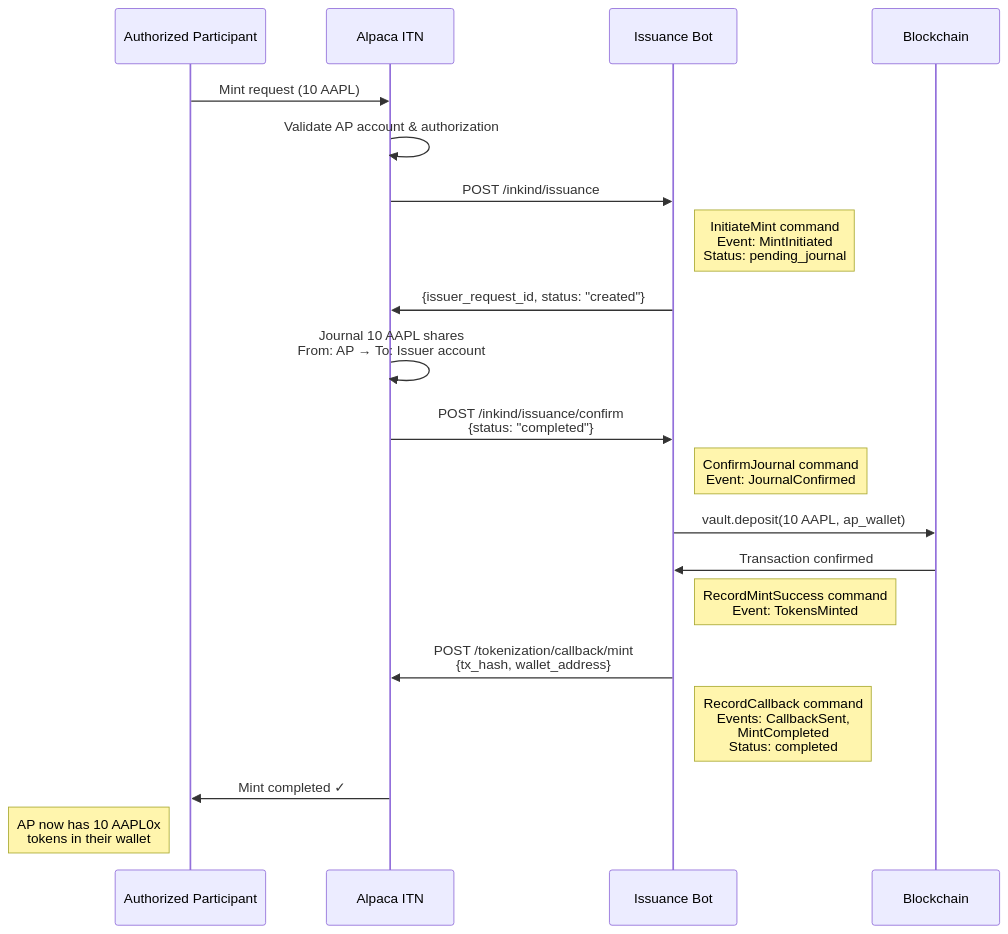
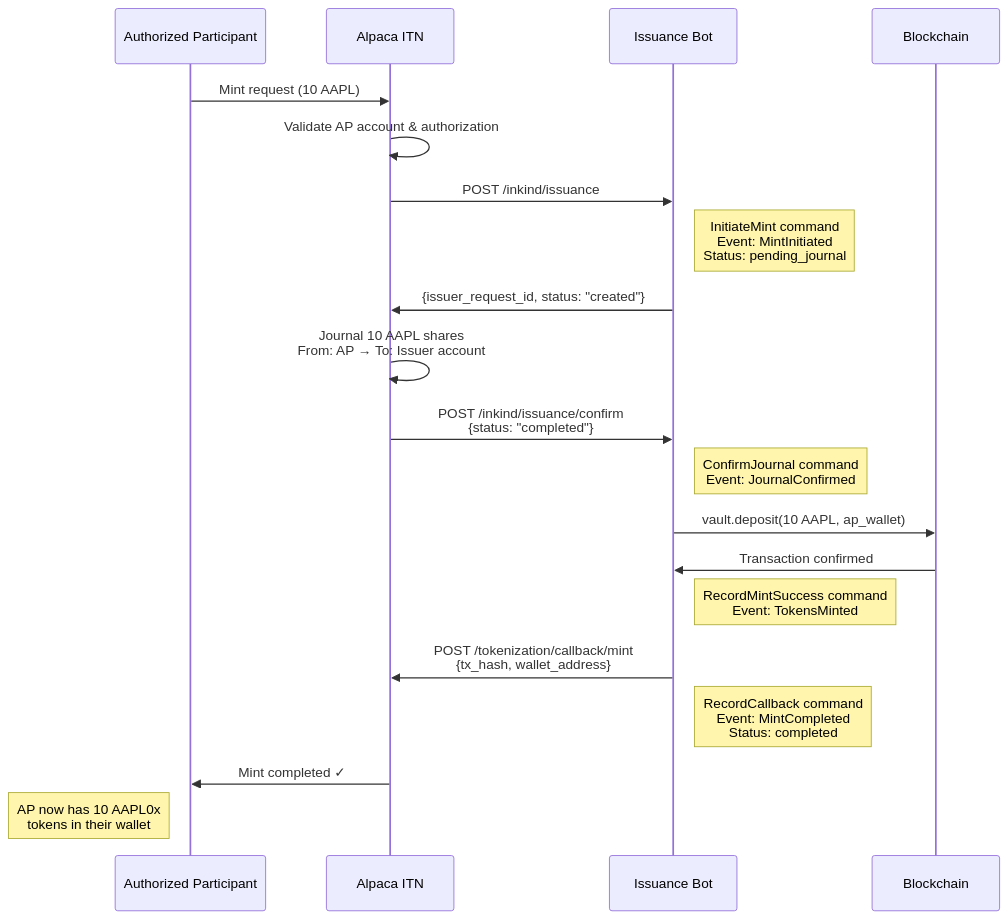
One commit to ST0x-Technology/st0x.issuance changed the second of 6 diagrams in SPEC.md. Above: the diagram before and after it, drawn with Mermaid. The commit also changed other lines of this file and 1 other file, not shown here.

````diff
--- a/SPEC.md
+++ b/SPEC.md
@@ -454,27 +452,27 @@
 ```mermaid
 sequenceDiagram
     participant AP as Authorized Participant
     participant Alpaca as Alpaca ITN
     participant Us as Issuance Bot
     participant Blockchain as Blockchain
 
     AP->>Alpaca: Mint request (10 AAPL)
     Alpaca->>Alpaca: Validate AP account & authorization
     Alpaca->>Us: POST /inkind/issuance
     Note right of Us: InitiateMint command<br/>Event: MintInitiated<br/>Status: pending_journal
     Us->>Alpaca: {issuer_request_id, status: "created"}
 
     Alpaca->>Alpaca: Journal 10 AAPL shares<br/>From: AP → To: Issuer account
     Alpaca->>Us: POST /inkind/issuance/confirm<br/>{status: "completed"}
     Note right of Us: ConfirmJournal command<br/>Event: JournalConfirmed
 
     Us->>Blockchain: vault.deposit(10 AAPL, ap_wallet)
     Blockchain->>Us: Transaction confirmed
     Note right of Us: RecordMintSuccess command<br/>Event: TokensMinted
 
     Us->>Alpaca: POST /tokenization/callback/mint<br/>{tx_hash, wallet_address}
-    Note right of Us: RecordCallback command<br/>Events: CallbackSent,<br/>MintCompleted<br/>Status: completed
+    Note right of Us: RecordCallback command<br/>Event: MintCompleted<br/>Status: completed
 
     Alpaca->>AP: Mint completed ✓
     Note left of AP: AP now has 10 AAPL0x<br/>tokens in their wallet
 ```
````
